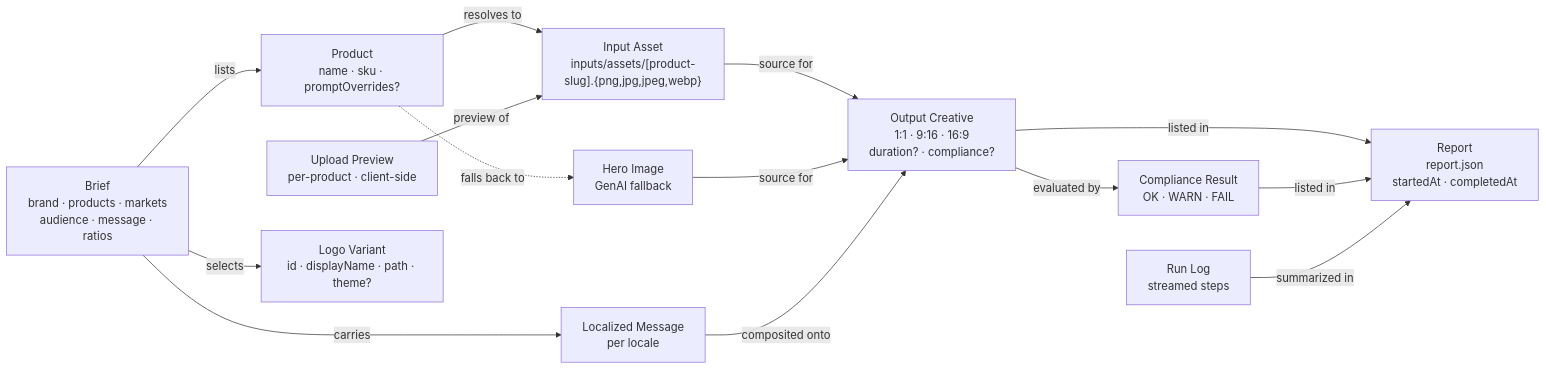
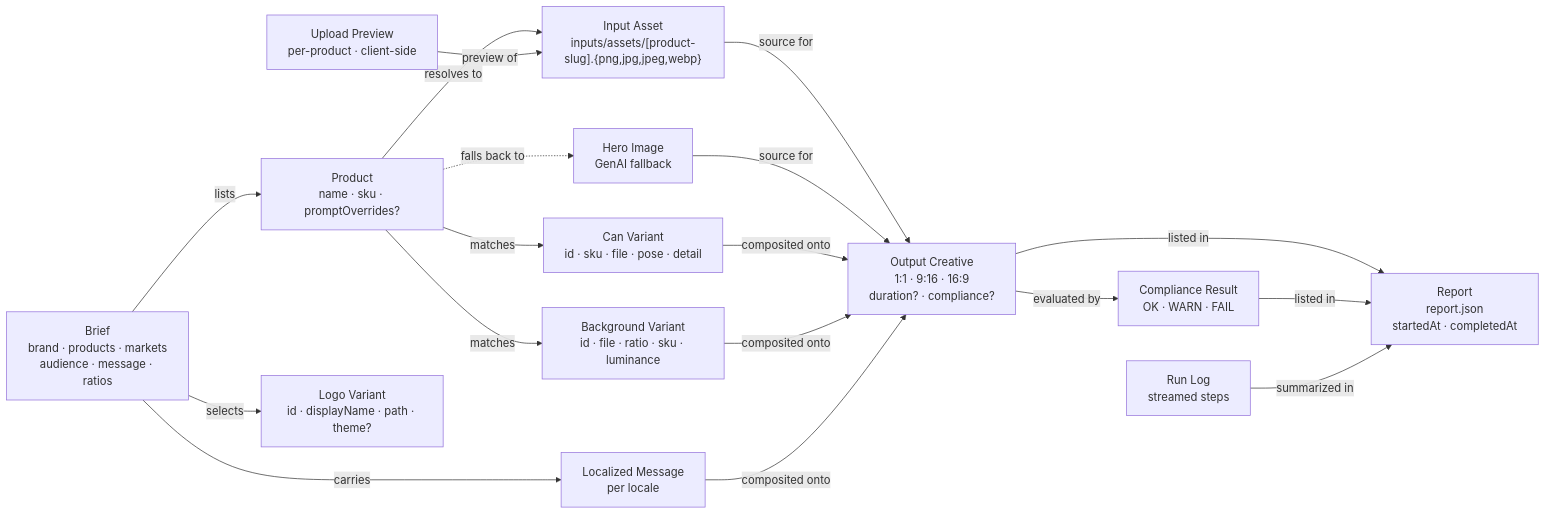
The first of 5 diagrams in docs/system-map.md (arndvs/cast), drawn with Mermaid before and after one commit. The commit also changed other lines of this file and 4 other files, not shown here.

````diff
--- a/docs/system-map.md
+++ b/docs/system-map.md
@@ -11,28 +11,34 @@
 ```mermaid
 graph LR
     Brief["Brief<br/>brand · products · markets<br/>audience · message · ratios"]
     Product["Product<br/>name · sku · promptOverrides?"]
     InputAsset["Input Asset<br/>inputs/assets/[product-slug].{png,jpg,jpeg,webp}"]
     HeroImage["Hero Image<br/>GenAI fallback"]
     Creative["Output Creative<br/>1:1 · 9:16 · 16:9<br/>duration? · compliance?"]
     Message["Localized Message<br/>per locale"]
     Compliance["Compliance Result<br/>OK · WARN · FAIL"]
     RunLog["Run Log<br/>streamed steps"]
     Report["Report<br/>report.json<br/>startedAt · completedAt"]
     Upload["Upload Preview<br/>per-product · client-side"]
     LogoVariant["Logo Variant<br/>id · displayName · path · theme?"]
+    CanVariant["Can Variant<br/>id · sku · file · pose · detail"]
+    BackgroundVariant["Background Variant<br/>id · file · ratio · sku · luminance"]
 
     Brief -->|lists| Product
     Brief -->|carries| Message
     Brief -->|selects| LogoVariant
     Product -->|resolves to| InputAsset
     Product -.->|falls back to| HeroImage
+    Product -->|matches| CanVariant
+    Product -->|matches| BackgroundVariant
     InputAsset -->|source for| Creative
     HeroImage -->|source for| Creative
+    CanVariant -->|composited onto| Creative
+    BackgroundVariant -->|composited onto| Creative
     Message -->|composited onto| Creative
     Creative -->|evaluated by| Compliance
     Creative -->|listed in| Report
     Compliance -->|listed in| Report
     RunLog -->|summarized in| Report
     Upload -->|preview of| InputAsset
 ```
````
